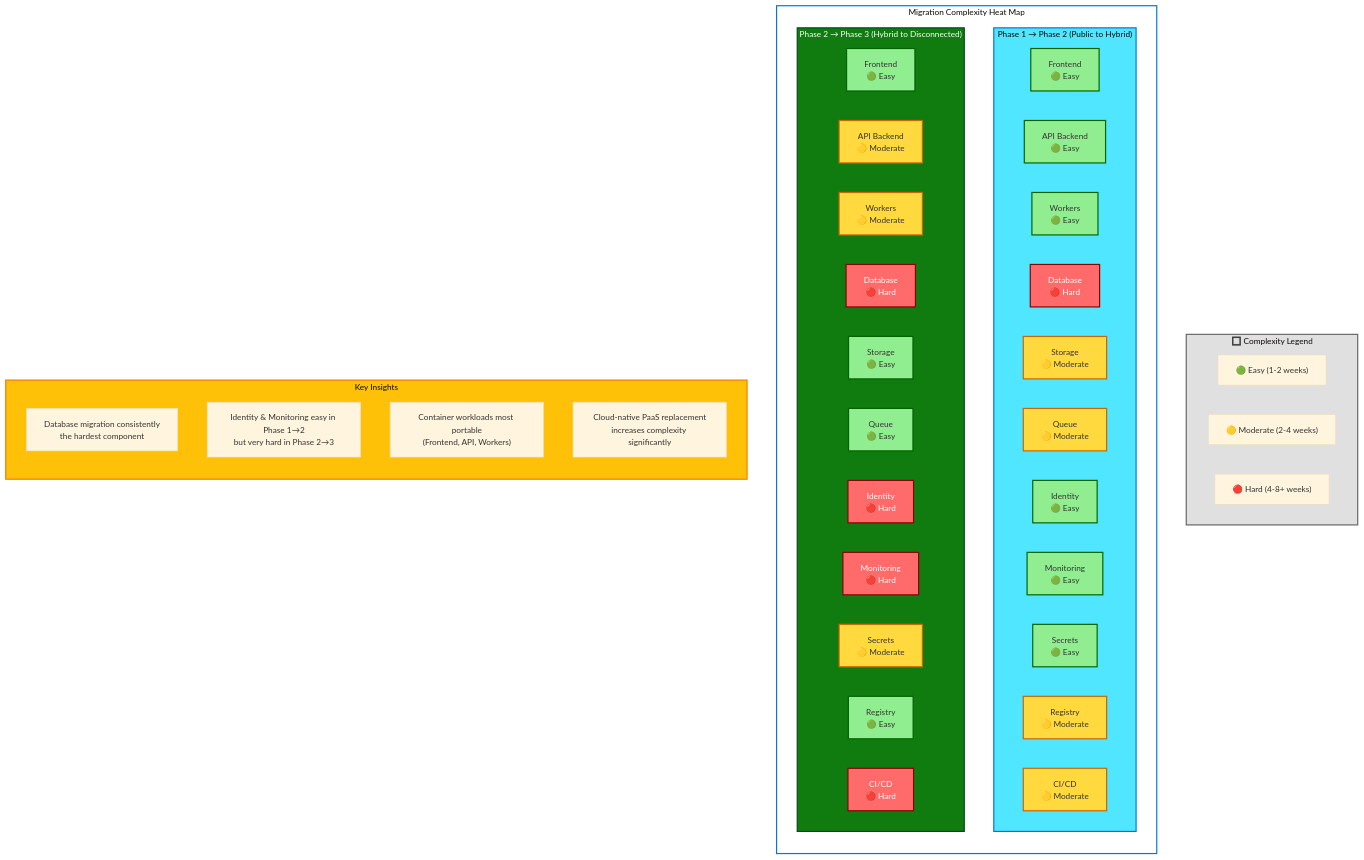
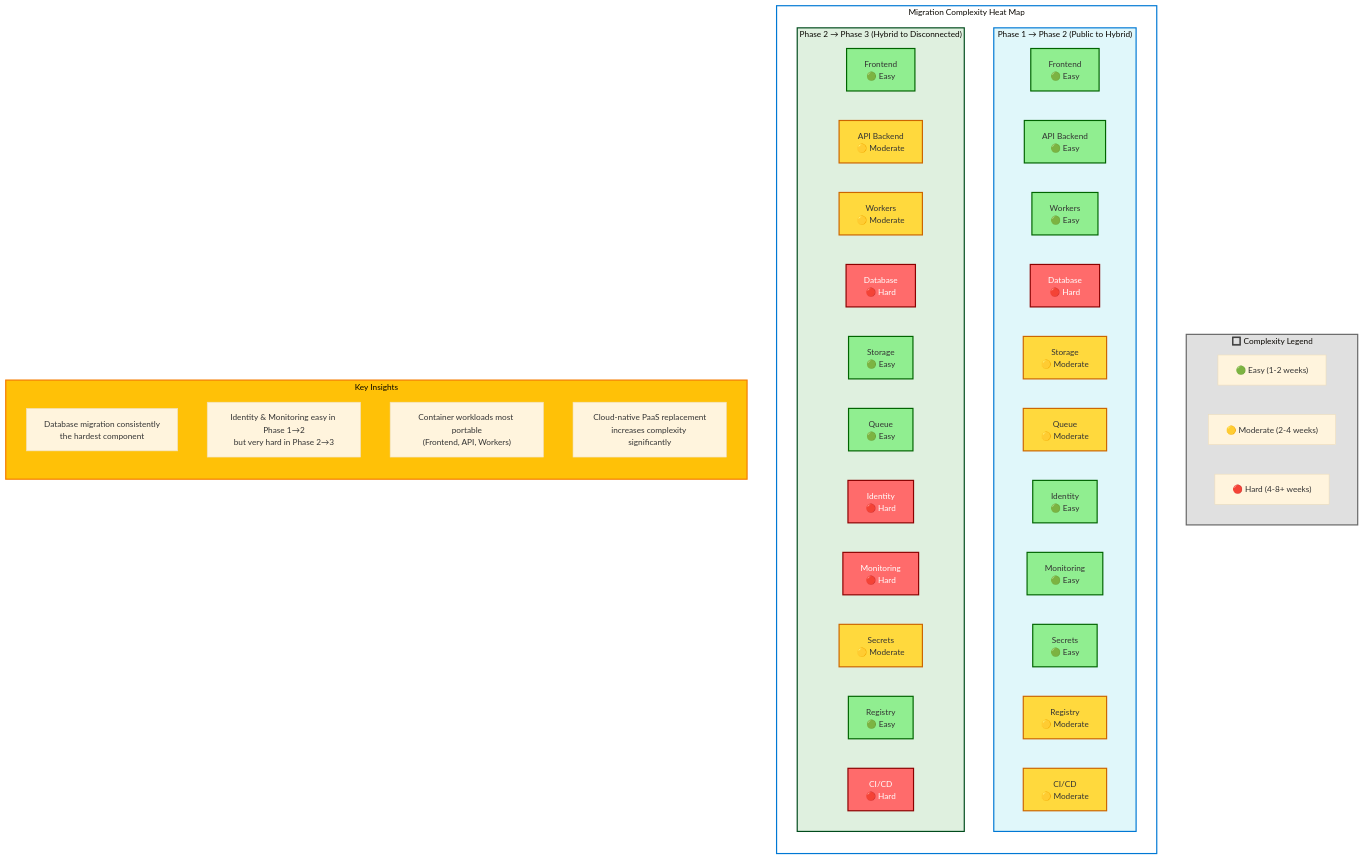
The diagram in docs/07-reference-scenario/06-lessons-learned.md (EmeaAppGbb/AzureHybridContinuumCookBook), drawn with Mermaid before and after one commit. The commit also changed 28 other files, not shown here.

First line of the commit message:
Fix Mermaid diagram readability: use light pastel subgraph backgrounds

````diff
--- a/docs/07-reference-scenario/06-lessons-learned.md
+++ b/docs/07-reference-scenario/06-lessons-learned.md
@@ -402,82 +402,82 @@
 ```mermaid
 %%{init: {'theme':'base', 'themeVariables': { 'fontSize':'14px'}}}%%
 graph TB
     subgraph Legend["🔲 Complexity Legend"]
         direction LR
         Green["🟢 Easy (1-2 weeks)"]
         Yellow["🟡 Moderate (2-4 weeks)"]
         Red["🔴 Hard (4-8+ weeks)"]
     end
     
     subgraph Migration["Migration Complexity Heat Map"]
         direction TB
         
         subgraph Phase1to2["Phase 1 → Phase 2 (Public to Hybrid)"]
             direction LR
             P12_Frontend["Frontend<br/>🟢 Easy"]
             P12_API["API Backend<br/>🟢 Easy"]
             P12_Workers["Workers<br/>🟢 Easy"]
             P12_Database["Database<br/>🔴 Hard"]
             P12_Storage["Storage<br/>🟡 Moderate"]
             P12_Queue["Queue<br/>🟡 Moderate"]
             P12_Identity["Identity<br/>🟢 Easy"]
             P12_Monitoring["Monitoring<br/>🟢 Easy"]
             P12_Secrets["Secrets<br/>🟢 Easy"]
             P12_Registry["Registry<br/>🟡 Moderate"]
             P12_CICD["CI/CD<br/>🟡 Moderate"]
         end
         
         subgraph Phase2to3["Phase 2 → Phase 3 (Hybrid to Disconnected)"]
             direction LR
             P23_Frontend["Frontend<br/>🟢 Easy"]
             P23_API["API Backend<br/>🟡 Moderate"]
             P23_Workers["Workers<br/>🟡 Moderate"]
             P23_Database["Database<br/>🔴 Hard"]
             P23_Storage["Storage<br/>🟢 Easy"]
             P23_Queue["Queue<br/>🟢 Easy"]
             P23_Identity["Identity<br/>🔴 Hard"]
             P23_Monitoring["Monitoring<br/>🔴 Hard"]
             P23_Secrets["Secrets<br/>🟡 Moderate"]
             P23_Registry["Registry<br/>🟢 Easy"]
             P23_CICD["CI/CD<br/>🔴 Hard"]
         end
     end
     
     subgraph Insights["Key Insights"]
         direction TB
         I1["Database migration consistently<br/>the hardest component"]
         I2["Identity & Monitoring easy in Phase 1→2<br/>but very hard in Phase 2→3"]
         I3["Container workloads most portable<br/>(Frontend, API, Workers)"]
         I4["Cloud-native PaaS replacement<br/>increases complexity significantly"]
     end
     
     style Legend fill:#e0e0e0,stroke:#666,stroke-width:2px
     style Migration fill:#FFF,stroke:#0078d4,stroke-width:2px
-    style Phase1to2 fill:#50e6ff,stroke:#0078d4,stroke-width:2px
-    style Phase2to3 fill:#107c10,stroke:#004b1c,stroke-width:2px,color:#fff
+    style Phase1to2 fill:#e0f7fa,stroke:#0078d4,stroke-width:2px
+    style Phase2to3 fill:#dff0df,stroke:#004b1c,stroke-width:2px
     style Insights fill:#ffc107,stroke:#f57c00,stroke-width:2px
     
     style P12_Frontend fill:#90ee90,stroke:#006400,stroke-width:2px
     style P12_API fill:#90ee90,stroke:#006400,stroke-width:2px
     style P12_Workers fill:#90ee90,stroke:#006400,stroke-width:2px
     style P12_Database fill:#ff6b6b,stroke:#8b0000,stroke-width:2px,color:#fff
     style P12_Storage fill:#ffd93d,stroke:#cc6600,stroke-width:2px
     style P12_Queue fill:#ffd93d,stroke:#cc6600,stroke-width:2px
     style P12_Identity fill:#90ee90,stroke:#006400,stroke-width:2px
     style P12_Monitoring fill:#90ee90,stroke:#006400,stroke-width:2px
     style P12_Secrets fill:#90ee90,stroke:#006400,stroke-width:2px
     style P12_Registry fill:#ffd93d,stroke:#cc6600,stroke-width:2px
     style P12_CICD fill:#ffd93d,stroke:#cc6600,stroke-width:2px
     
     style P23_Frontend fill:#90ee90,stroke:#006400,stroke-width:2px
     style P23_API fill:#ffd93d,stroke:#cc6600,stroke-width:2px
     style P23_Workers fill:#ffd93d,stroke:#cc6600,stroke-width:2px
     style P23_Database fill:#ff6b6b,stroke:#8b0000,stroke-width:2px,color:#fff
     style P23_Storage fill:#90ee90,stroke:#006400,stroke-width:2px
     style P23_Queue fill:#90ee90,stroke:#006400,stroke-width:2px
     style P23_Identity fill:#ff6b6b,stroke:#8b0000,stroke-width:2px,color:#fff
     style P23_Monitoring fill:#ff6b6b,stroke:#8b0000,stroke-width:2px,color:#fff
     style P23_Secrets fill:#ffd93d,stroke:#cc6600,stroke-width:2px
     style P23_Registry fill:#90ee90,stroke:#006400,stroke-width:2px
     style P23_CICD fill:#ff6b6b,stroke:#8b0000,stroke-width:2px,color:#fff
 ```
````
